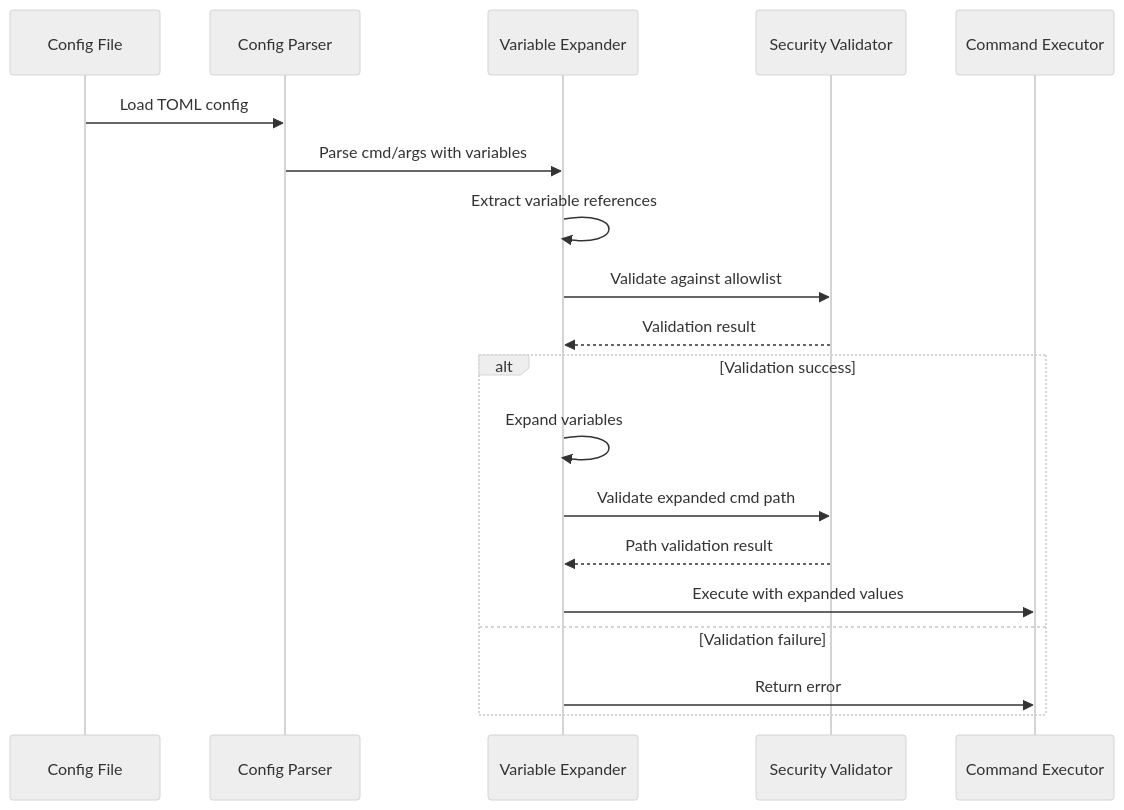
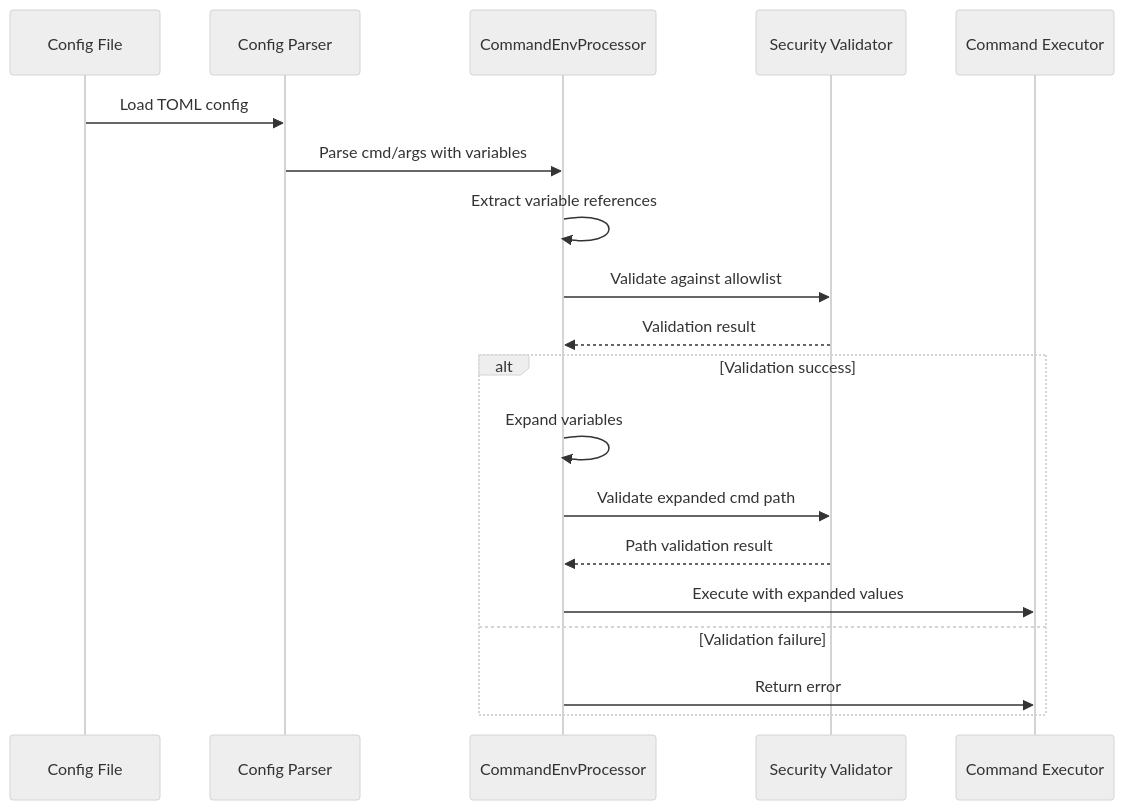
Before and after one commit to isseis/go-safe-cmd-runner: the fourth of 7 diagrams in docs/tasks/0026_variable_expansion/02_architecture.md, drawn with Mermaid (neutral theme). The commit also changed other lines of this file and 9 other files, not shown here.

````diff
--- a/docs/tasks/0026_variable_expansion/02_architecture.md
+++ b/docs/tasks/0026_variable_expansion/02_architecture.md
@@ -121,22 +103,22 @@
 ```mermaid
 sequenceDiagram
     participant CF as Config File
     participant CP as Config Parser
-    participant VE as Variable Expander
+    participant VE as CommandEnvProcessor
     participant SV as Security Validator
     participant CE as Command Executor
 
     CF->>CP: Load TOML config
     CP->>VE: Parse cmd/args with variables
     VE->>VE: Extract variable references
     VE->>SV: Validate against allowlist
     SV-->>VE: Validation result
     alt Validation success
         VE->>VE: Expand variables
         VE->>SV: Validate expanded cmd path
         SV-->>VE: Path validation result
         VE->>CE: Execute with expanded values
     else Validation failure
         VE->>CE: Return error
     end
 ```
````
